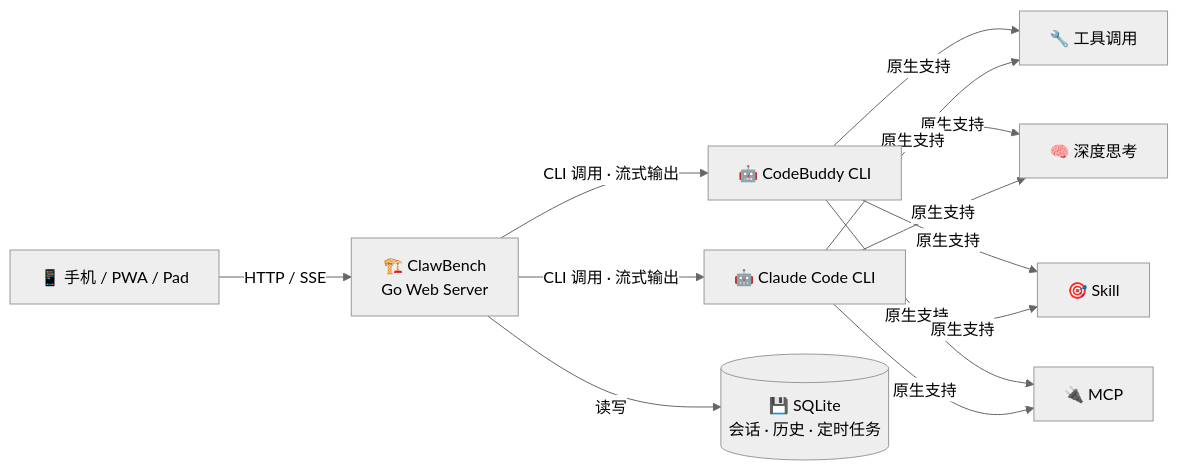
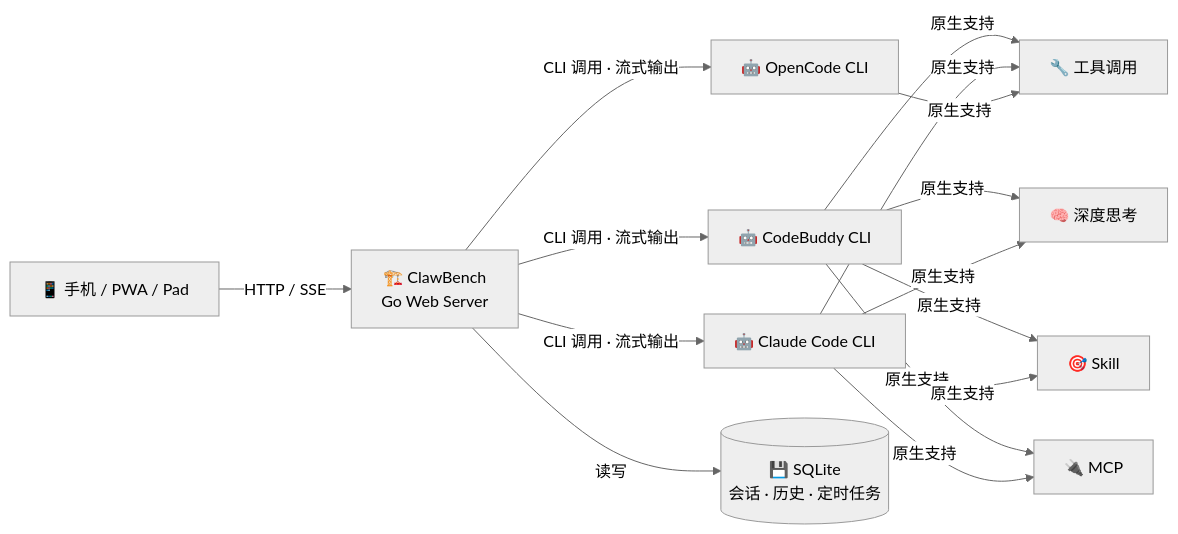
The diagram in README.md (xulongzhe/clawbench), drawn with Mermaid (neutral theme) before and after one commit. The commit also changed other lines of this file, not shown here.

First line of the commit message:
docs: 更新 README，反映 OpenCode 后端、智能体配置和近期功能

````diff
--- a/README.md
+++ b/README.md
@@ -91,15 +91,17 @@
 ```mermaid
 graph LR
     Client["📱 手机 / PWA / Pad"] -->|HTTP / SSE| Server["🏗️ ClawBench\nGo Web Server"]
     Server -->|CLI 调用 · 流式输出| CB["🤖 CodeBuddy CLI"]
     Server -->|CLI 调用 · 流式输出| CC["🤖 Claude Code CLI"]
+    Server -->|CLI 调用 · 流式输出| OC["🤖 OpenCode CLI"]
     Server -->|读写| DB[("💾 SQLite\n会话 · 历史 · 定时任务")]
     CB -->|原生支持| Tools["🔧 工具调用"]
     CB -->|原生支持| Think["🧠 深度思考"]
     CB -->|原生支持| Skills["🎯 Skill"]
     CB -->|原生支持| MCP["🔌 MCP"]
     CC -->|原生支持| Tools
     CC -->|原生支持| Think
     CC -->|原生支持| Skills
     CC -->|原生支持| MCP
+    OC -->|原生支持| Tools
 ```
````
